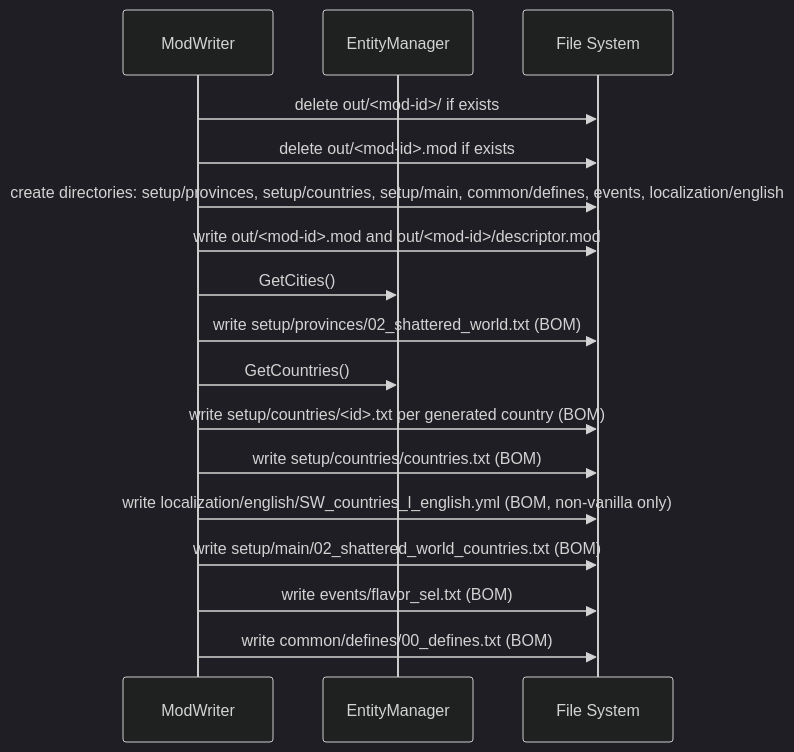
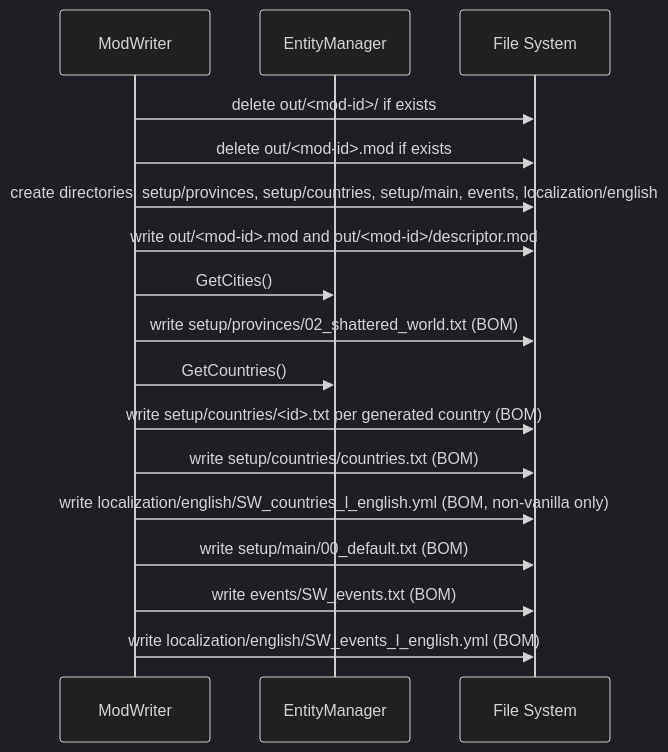
The diagram in docs/flows/mod-emission-flow.md (hmlendea/imperator-shattered-world-generator), drawn with Mermaid (dark theme) before and after one commit. The commit also changed other lines of this file and 18 other files, not shown here.

````diff
--- a/docs/flows/mod-emission-flow.md
+++ b/docs/flows/mod-emission-flow.md
@@ -9,20 +9,20 @@
 ```mermaid
 sequenceDiagram
     participant W as ModWriter
     participant M as EntityManager
     participant FS as File System
 
     W->>FS: delete out/<mod-id>/ if exists
     W->>FS: delete out/<mod-id>.mod if exists
-    W->>FS: create directories: setup/provinces, setup/countries, setup/main, common/defines, events, localization/english
+    W->>FS: create directories: setup/provinces, setup/countries, setup/main, events, localization/english
     W->>FS: write out/<mod-id>.mod and out/<mod-id>/descriptor.mod
     W->>M: GetCities()
     W->>FS: write setup/provinces/02_shattered_world.txt (BOM)
     W->>M: GetCountries()
     W->>FS: write setup/countries/<id>.txt per generated country (BOM)
     W->>FS: write setup/countries/countries.txt (BOM)
     W->>FS: write localization/english/SW_countries_l_english.yml (BOM, non-vanilla only)
-    W->>FS: write setup/main/02_shattered_world_countries.txt (BOM)
-    W->>FS: write events/flavor_sel.txt (BOM)
-    W->>FS: write common/defines/00_defines.txt (BOM)
+    W->>FS: write setup/main/00_default.txt (BOM)
+    W->>FS: write events/SW_events.txt (BOM)
+    W->>FS: write localization/english/SW_events_l_english.yml (BOM)
 ```
````
